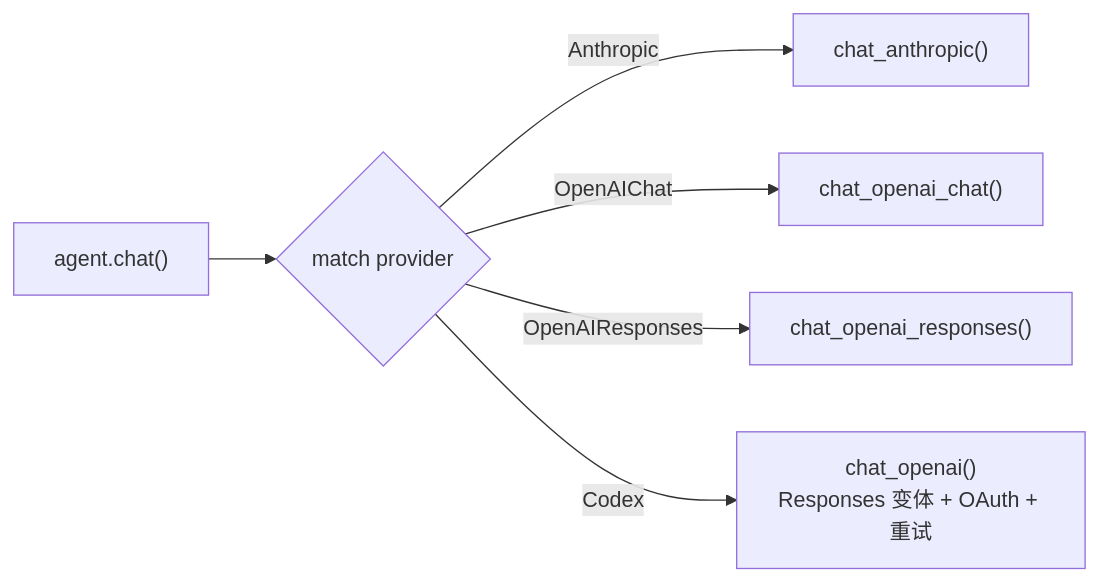
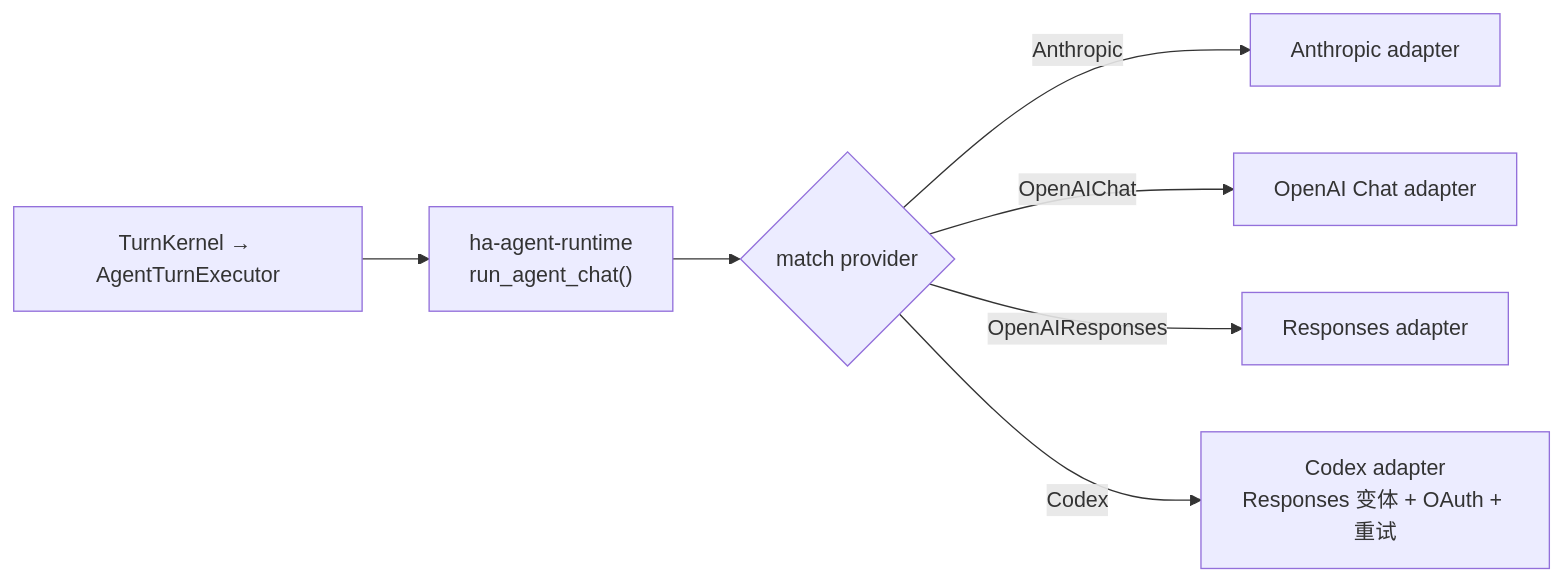
Before and after one commit to gabrielmoreira/agent-skills-mirror: the third of 16 diagrams in mirrors/repos/shiwenwen@hope-agent/docs/architecture/core/provider-system.md, drawn with Mermaid. The commit also changed other lines of this file and 2396 other files, not shown here.

````diff
--- a/mirrors/repos/shiwenwen@hope-agent/docs/architecture/core/provider-system.md
+++ b/mirrors/repos/shiwenwen@hope-agent/docs/architecture/core/provider-system.md
@@ -203,8 +203,9 @@
 ```mermaid
 flowchart LR
-  chat["agent.chat()"] --> M{"match provider"}
-  M -->|Anthropic| A["chat_anthropic()"]
-  M -->|OpenAIChat| B["chat_openai_chat()"]
-  M -->|OpenAIResponses| C["chat_openai_responses()"]
-  M -->|Codex| D["chat_openai()<br/>Responses 变体 + OAuth + 重试"]
+  kernel["TurnKernel → AgentTurnExecutor"] --> chat["ha-agent-runtime<br/>run_agent_chat()"]
+  chat --> M{"match provider"}
+  M -->|Anthropic| A["Anthropic adapter"]
+  M -->|OpenAIChat| B["OpenAI Chat adapter"]
+  M -->|OpenAIResponses| C["Responses adapter"]
+  M -->|Codex| D["Codex adapter<br/>Responses 变体 + OAuth + 重试"]
 ```
````
